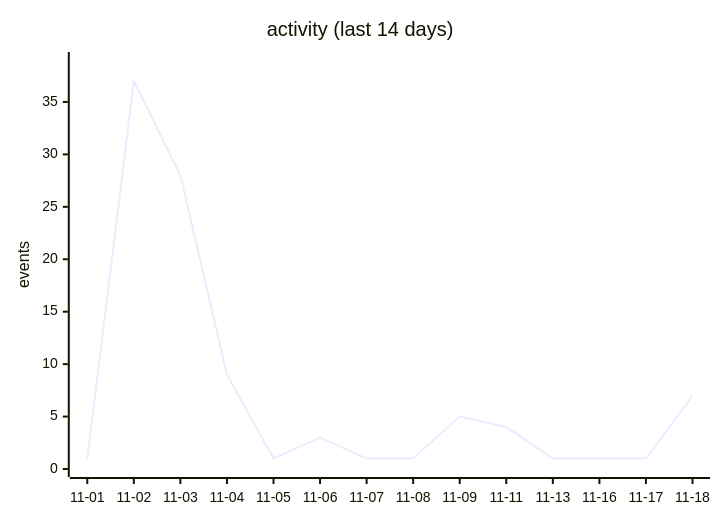
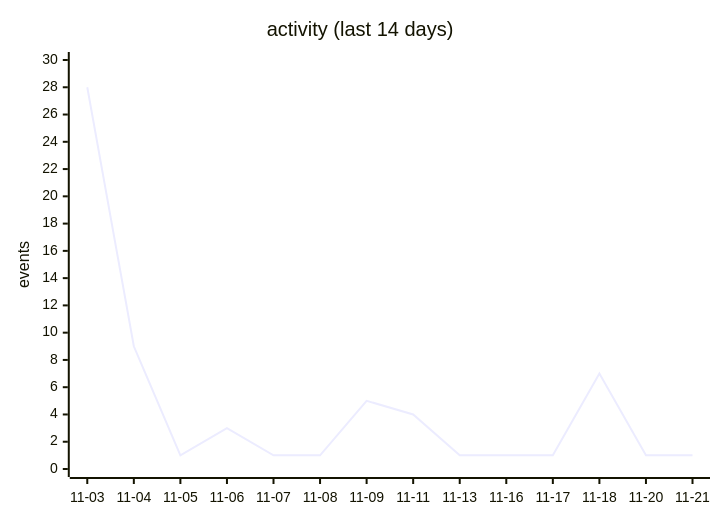
One commit to lunarshe11/lunarshe11 changed the second of 3 diagrams in README.md. Above: the diagram before and after it, drawn with Mermaid. The commit also changed other lines of this file, not shown here.

````diff
--- a/README.md
+++ b/README.md
@@ -48,7 +51,7 @@
 ```mermaid
 xychart-beta
     title "activity (last 14 days)"
-    x-axis ["11-01", "11-02", "11-03", "11-04", "11-05", "11-06", "11-07", "11-08", "11-09", "11-11", "11-13", "11-16", "11-17", "11-18"]
-    y-axis "events" 0 --> 39
-    line [1, 37, 28, 9, 1, 3, 1, 1, 5, 4, 1, 1, 1, 7]
+    x-axis ["11-03", "11-04", "11-05", "11-06", "11-07", "11-08", "11-09", "11-11", "11-13", "11-16", "11-17", "11-18", "11-20", "11-21"]
+    y-axis "events" 0 --> 30
+    line [28, 9, 1, 3, 1, 1, 5, 4, 1, 1, 1, 7, 1, 1]
 ```
````
